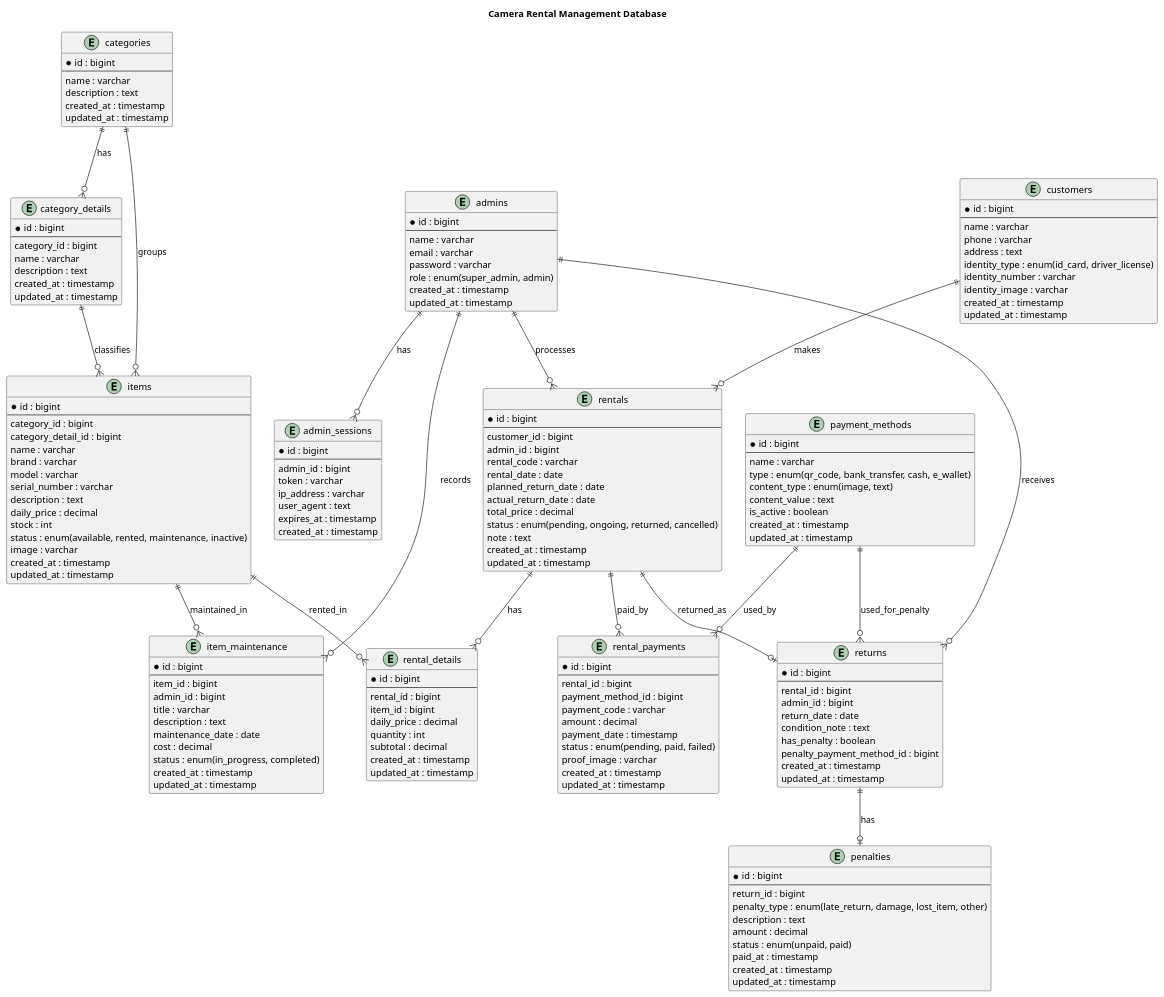
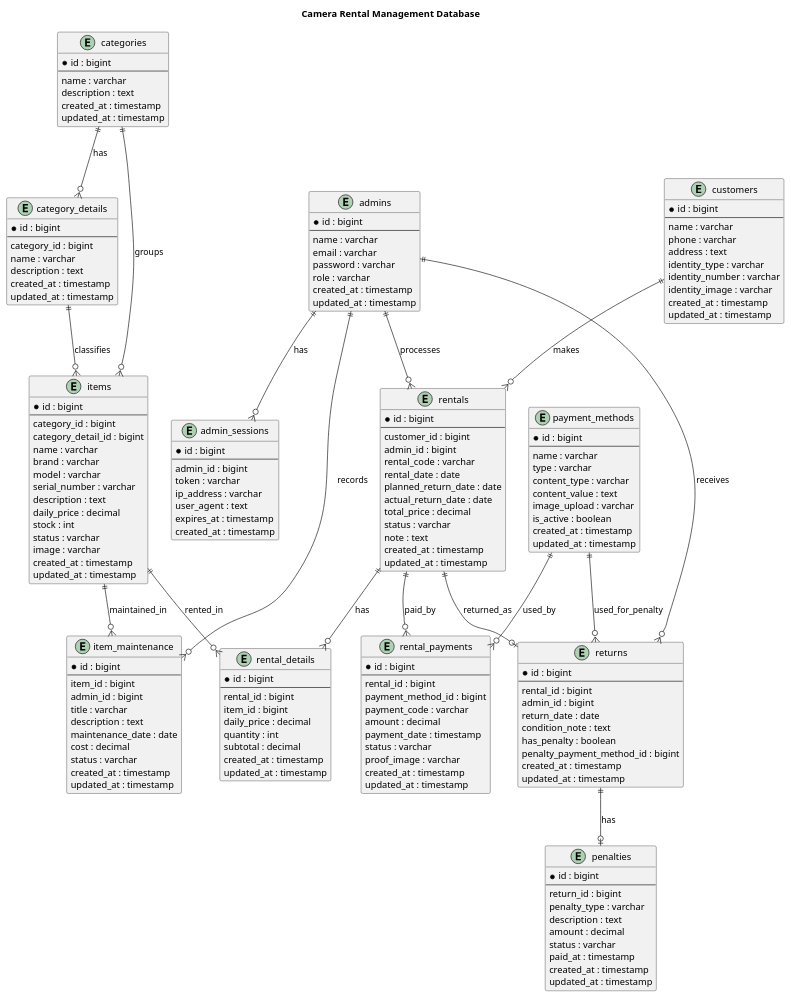
Before and after one commit to rovinor4/CameraRentalBe: the diagram in schema_database.plantuml, drawn with PlantUML. The commit also changed 47 other files, not shown here.

Commit message:
[feat] add image upload support for payment methods and update request DTOs

```diff
--- a/schema_database.plantuml
+++ b/schema_database.plantuml
@@ -1,193 +1,194 @@
 @startuml
 title Camera Rental Management Database
 
 entity admins {
   * id : bigint
   --
   name : varchar
   email : varchar
   password : varchar
-  role : enum(super_admin, admin)
+  role : varchar
   created_at : timestamp
   updated_at : timestamp
 }
 
 entity admin_sessions {
   * id : bigint
   --
   admin_id : bigint
   token : varchar
   ip_address : varchar
   user_agent : text
   expires_at : timestamp
   created_at : timestamp
 }
 
 entity customers {
   * id : bigint
   --
   name : varchar
   phone : varchar
   address : text
-  identity_type : enum(id_card, driver_license)
+  identity_type : varchar
   identity_number : varchar
   identity_image : varchar
   created_at : timestamp
   updated_at : timestamp
 }
 
 entity categories {
   * id : bigint
   --
   name : varchar
   description : text
   created_at : timestamp
   updated_at : timestamp
 }
 
 entity category_details {
   * id : bigint
   --
   category_id : bigint
   name : varchar
   description : text
   created_at : timestamp
   updated_at : timestamp
 }
 
 entity items {
   * id : bigint
   --
   category_id : bigint
   category_detail_id : bigint
   name : varchar
   brand : varchar
   model : varchar
   serial_number : varchar
   description : text
   daily_price : decimal
   stock : int
-  status : enum(available, rented, maintenance, inactive)
+  status : varchar
   image : varchar
   created_at : timestamp
   updated_at : timestamp
 }
 
 entity payment_methods {
   * id : bigint
   --
   name : varchar
-  type : enum(qr_code, bank_transfer, cash, e_wallet)
-  content_type : enum(image, text)
+  type : varchar
+  content_type : varchar
   content_value : text
+  image_upload : varchar
   is_active : boolean
   created_at : timestamp
   updated_at : timestamp
 }
 
 entity rentals {
   * id : bigint
   --
   customer_id : bigint
   admin_id : bigint
   rental_code : varchar
   rental_date : date
   planned_return_date : date
   actual_return_date : date
   total_price : decimal
-  status : enum(pending, ongoing, returned, cancelled)
+  status : varchar
   note : text
   created_at : timestamp
   updated_at : timestamp
 }
 
 entity rental_details {
   * id : bigint
   --
   rental_id : bigint
   item_id : bigint
   daily_price : decimal
   quantity : int
   subtotal : decimal
   created_at : timestamp
   updated_at : timestamp
 }
 
 entity rental_payments {
   * id : bigint
   --
   rental_id : bigint
   payment_method_id : bigint
   payment_code : varchar
   amount : decimal
   payment_date : timestamp
-  status : enum(pending, paid, failed)
+  status : varchar
   proof_image : varchar
   created_at : timestamp
   updated_at : timestamp
 }
 
 entity returns {
   * id : bigint
   --
   rental_id : bigint
   admin_id : bigint
   return_date : date
   condition_note : text
   has_penalty : boolean
   penalty_payment_method_id : bigint
   created_at : timestamp
   updated_at : timestamp
 }
 
 entity penalties {
   * id : bigint
   --
   return_id : bigint
-  penalty_type : enum(late_return, damage, lost_item, other)
+  penalty_type : varchar
   description : text
   amount : decimal
-  status : enum(unpaid, paid)
+  status : varchar
   paid_at : timestamp
   created_at : timestamp
   updated_at : timestamp
 }
 
 entity item_maintenance {
   * id : bigint
   --
   item_id : bigint
   admin_id : bigint
   title : varchar
   description : text
   maintenance_date : date
   cost : decimal
-  status : enum(in_progress, completed)
+  status : varchar
   created_at : timestamp
   updated_at : timestamp
 }
 
 admins ||--o{ admin_sessions : has
 admins ||--o{ rentals : processes
 admins ||--o{ returns : receives
 admins ||--o{ item_maintenance : records
 
 customers ||--o{ rentals : makes
 
 categories ||--o{ category_details : has
 categories ||--o{ items : groups
 category_details ||--o{ items : classifies
 
 rentals ||--o{ rental_details : has
 items ||--o{ rental_details : rented_in
 
 rentals ||--o{ rental_payments : paid_by
 payment_methods ||--o{ rental_payments : used_by
 
 rentals ||--o| returns : returned_as
 returns ||--o| penalties : has
 payment_methods ||--o{ returns : used_for_penalty
 
 items ||--o{ item_maintenance : maintained_in
 
 @enduml
```
